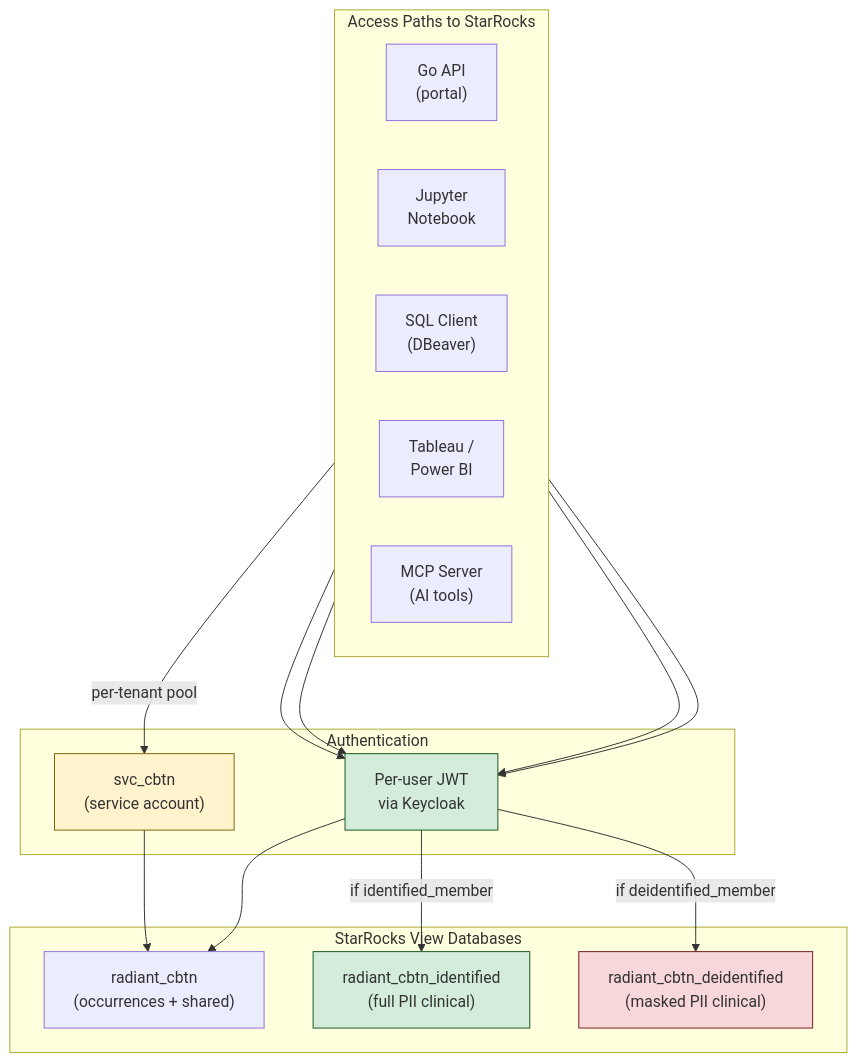
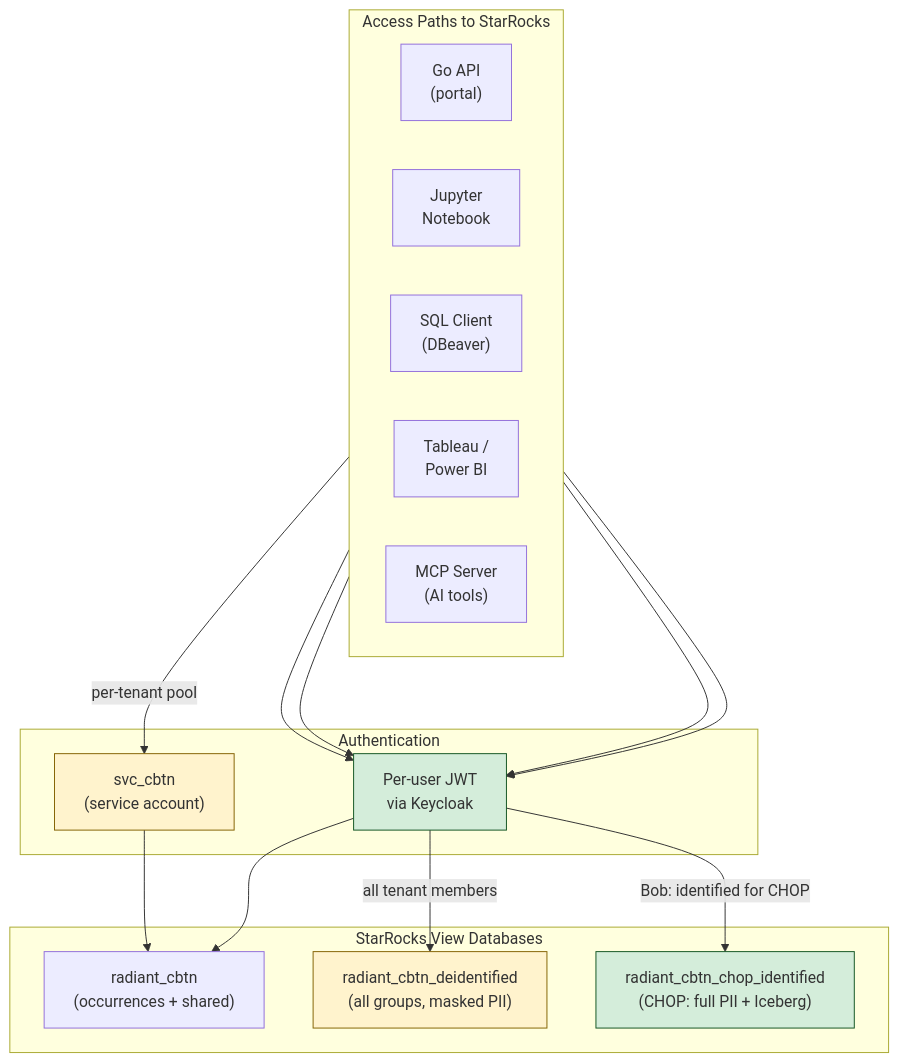
Before and after one commit to radiant-network/radiant-portal: the third of 9 diagrams in docs/adr/multi-tenancy-security.md, drawn with Mermaid. The commit also changed other lines of this file, not shown here.

Commit message:
docs(adr): SJRA-0000 add per-group identified access and iceberg catalog

````diff
--- a/docs/adr/multi-tenancy-security.md
+++ b/docs/adr/multi-tenancy-security.md
@@ -1092,35 +1164,35 @@
 ```mermaid
 graph TB
     subgraph "Access Paths to StarRocks"
         direction LR
         API["Go API<br/>(portal)"]
         JUP["Jupyter<br/>Notebook"]
         DBA["SQL Client<br/>(DBeaver)"]
         TAB["Tableau /<br/>Power BI"]
         MCP["MCP Server<br/>(AI tools)"]
     end
 
     subgraph "Authentication"
         SVC["svc_cbtn<br/>(service account)"]
         JWT["Per-user JWT<br/>via Keycloak"]
     end
 
     subgraph "StarRocks View Databases"
         OCC["radiant_cbtn<br/>(occurrences + shared)"]
-        ID["radiant_cbtn_identified<br/>(full PII clinical)"]
-        DEID["radiant_cbtn_deidentified<br/>(masked PII clinical)"]
+        DEID["radiant_cbtn_deidentified<br/>(all groups, masked PII)"]
+        CHOP_ID["radiant_cbtn_chop_identified<br/>(CHOP: full PII + Iceberg)"]
     end
 
     API -- "per-tenant pool" --> SVC --> OCC
     JUP --> JWT --> OCC
     DBA --> JWT
     TAB --> JWT
     MCP --> JWT
-    JWT -- "if identified_member" --> ID
-    JWT -- "if deidentified_member" --> DEID
+    JWT -- "all tenant members" --> DEID
+    JWT -- "Bob: identified for CHOP" --> CHOP_ID
 
     style SVC fill:#fff3cd,stroke:#856404
     style JWT fill:#d4edda,stroke:#155724
-    style ID fill:#d4edda,stroke:#155724
-    style DEID fill:#f8d7da,stroke:#721c24
+    style DEID fill:#fff3cd,stroke:#856404
+    style CHOP_ID fill:#d4edda,stroke:#155724
 ```
````
